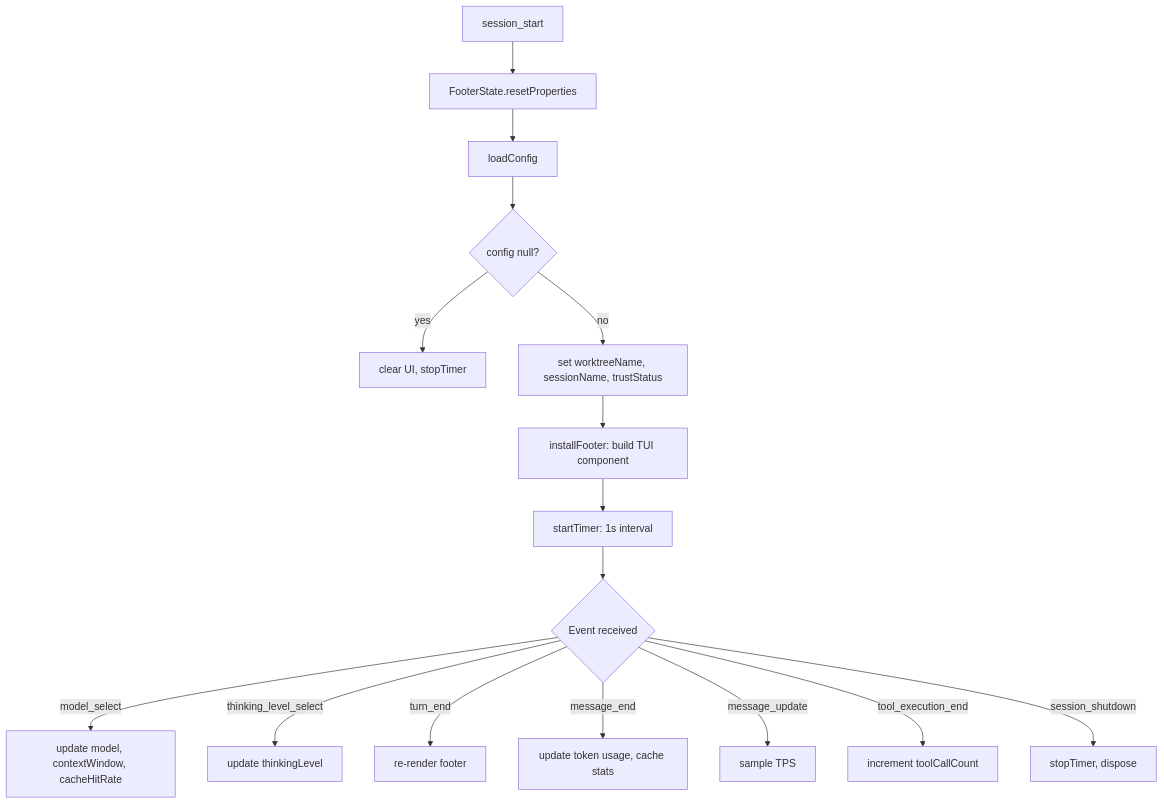
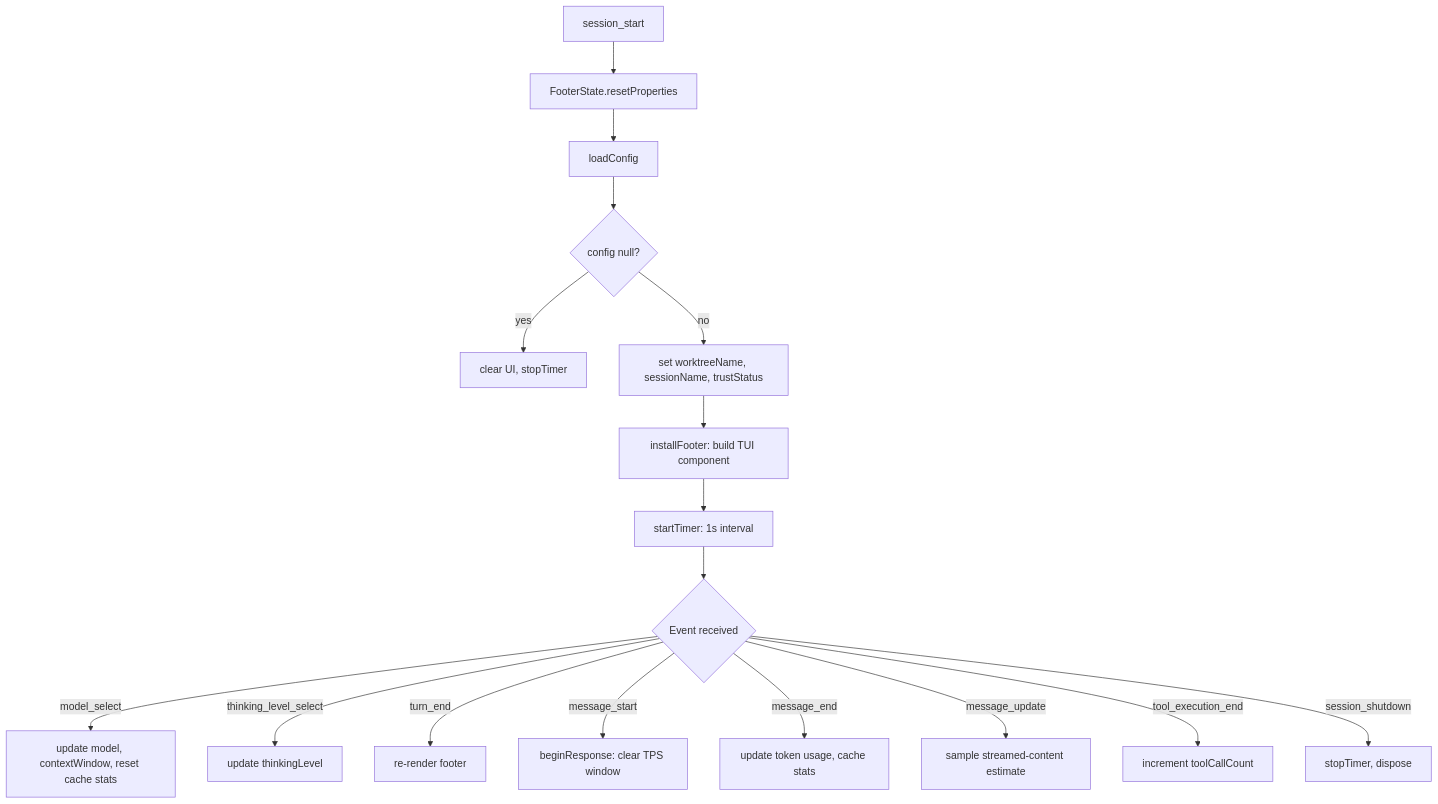
The diagram in .pi/extensions/context-info/README.md (SchneiderDaniel/cheasee-pi), drawn with Mermaid before and after one commit. The commit also changed other lines of this file and 22 other files, not shown here.

Commit message:
feat(#2136): [Bug] Context status bar TPS is unavailable and cache hit rate is misleading

````diff
--- a/.pi/extensions/context-info/README.md
+++ b/.pi/extensions/context-info/README.md
@@ -97,18 +100,19 @@
 ```mermaid
 flowchart TD
     A[session_start] --> B[FooterState.resetProperties]
     B --> C[loadConfig]
     C --> D{config null?}
     D -- yes --> E[clear UI, stopTimer]
     D -- no --> F[set worktreeName, sessionName, trustStatus]
     F --> G[installFooter: build TUI component]
     G --> H[startTimer: 1s interval]
     H --> I{Event received}
-    I -- model_select --> J[update model, contextWindow, cacheHitRate]
+    I -- model_select --> J[update model, contextWindow, reset cache stats]
     I -- thinking_level_select --> K[update thinkingLevel]
     I -- turn_end --> L[re-render footer]
+    I -- message_start --> S[beginResponse: clear TPS window]
     I -- message_end --> M[update token usage, cache stats]
-    I -- message_update --> N[sample TPS]
+    I -- message_update --> N[sample streamed-content estimate]
     I -- tool_execution_end --> O[increment toolCallCount]
     I -- session_shutdown --> P[stopTimer, dispose]
 ```
````
